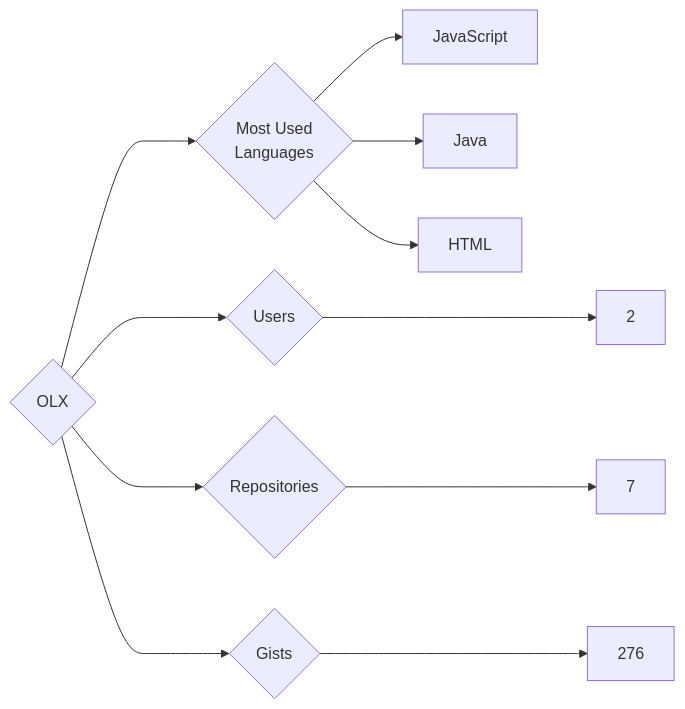
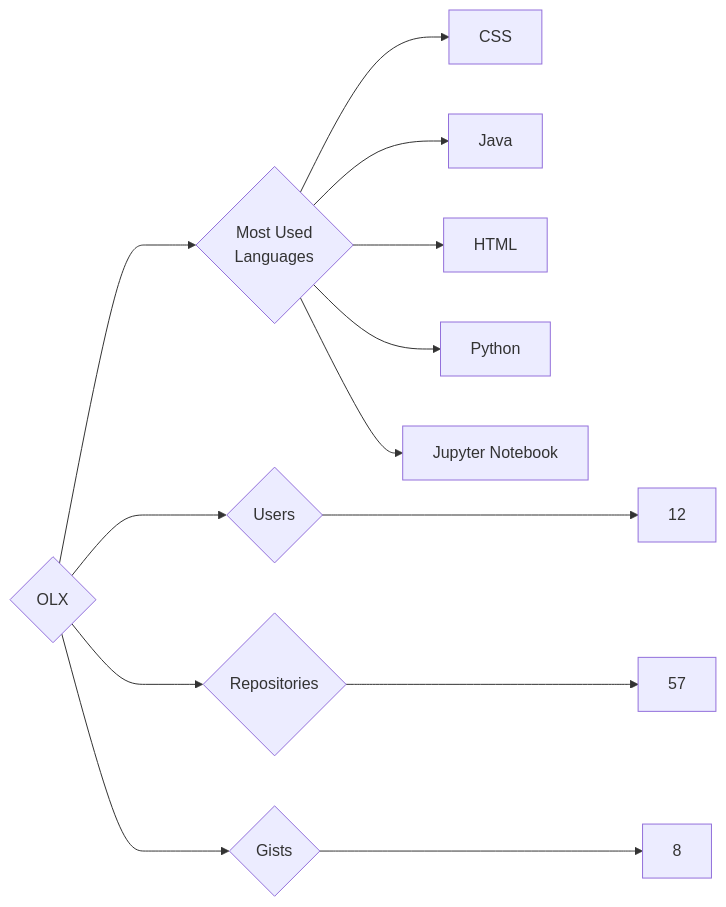
One commit to trickest/insiders changed the diagram in targets/OLX/README.md. Above: the diagram before and after it, drawn with Mermaid. The commit also changed 815 other files, not shown here.

````diff
--- a/targets/OLX/README.md
+++ b/targets/OLX/README.md
@@ -3,11 +3,13 @@
 ```mermaid
 graph LR
 COMPANY_NAME{OLX}
-COMPANY_NAME ---> U{Users} ---> UN[2]
-COMPANY_NAME ---> R{Repositories} ---> RN[7]
-COMPANY_NAME ---> G{Gists} ---> GN[276]
+COMPANY_NAME ---> U{Users} ---> UN[12]
+COMPANY_NAME ---> R{Repositories} ---> RN[57]
+COMPANY_NAME ---> G{Gists} ---> GN[8]
 COMPANY_NAME ---> ML{Most Used<br>Languages}
-ML --> JavaScript[JavaScript]
+ML --> CSS[CSS]
 ML --> Java[Java]
 ML --> HTML[HTML]
+ML --> Python[Python]
+ML --> Jupyter_Notebook[Jupyter Notebook]
 ```
````
